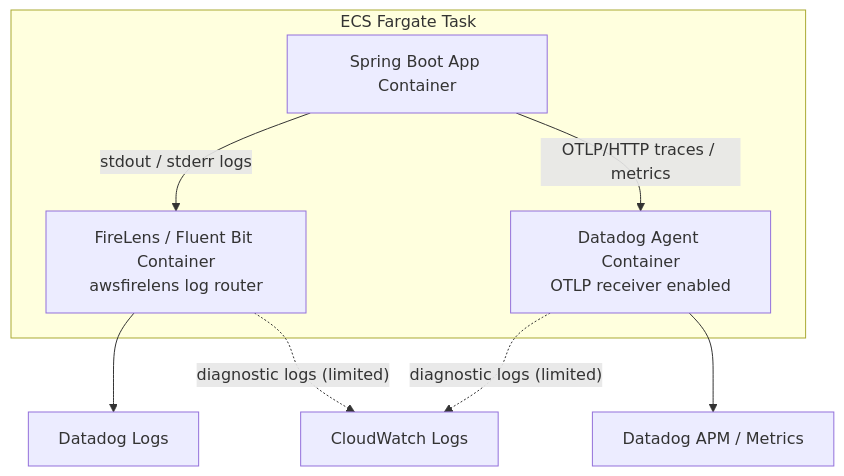
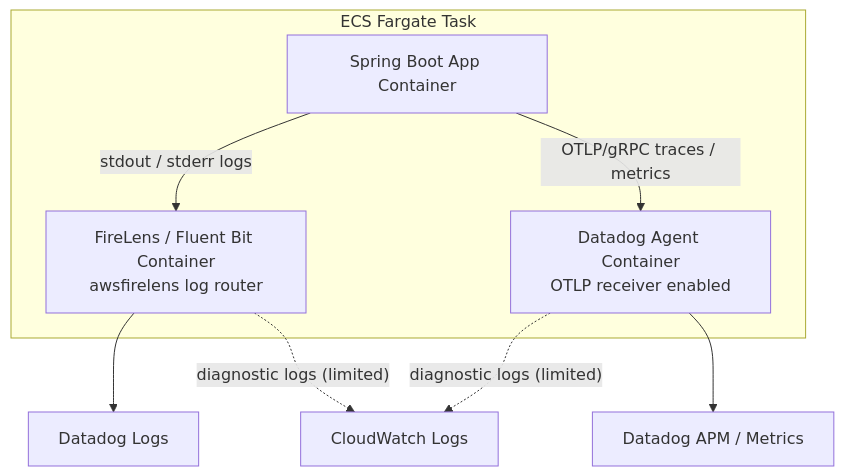
The diagram in specs/004-Datadog-agent-to-cdk/specs-draft.md (rafty/Todo-ECS-Observability-Sample), drawn with Mermaid before and after one commit. The commit also changed other lines of this file and 13 other files, not shown here.

Commit message:
`feat(backend,docs): OTel fix-02 を実装し Datadog 相関仕様を整合` - `   - backend: OpenTelemetry Logback Appender 初期化を追加（失敗時は劣化運転）   - backend: OTLP exporter を gRPC(4317) 前提へ更新   - backend: trace_id/span_id 相関方針に沿ってログ整合   - test: telemetry 初期化テストを追加・更新   - docs/specs: ADR・specs・tasks を fix-02 方針で更新

````diff
--- a/specs/004-Datadog-agent-to-cdk/specs-draft.md
+++ b/specs/004-Datadog-agent-to-cdk/specs-draft.md
@@ -41,17 +41,17 @@
 ```mermaid
 flowchart TB
   subgraph TASK["ECS Fargate Task"]
     APP["Spring Boot App Container"]
     FL["FireLens / Fluent Bit Container<br/>awsfirelens log router"]
     AG["Datadog Agent Container<br/>OTLP receiver enabled"]
   end
 
   APP -- "stdout / stderr logs" --> FL
   FL --> DDLOG["Datadog Logs"]
 
-  APP -- "OTLP/HTTP traces / metrics" --> AG
+  APP -- "OTLP/gRPC traces / metrics" --> AG
   AG --> DDAPM["Datadog APM / Metrics"]
 
   FL -. "diagnostic logs (limited)" .-> CW["CloudWatch Logs"]
   AG -. "diagnostic logs (limited)" .-> CW
 ```
````
